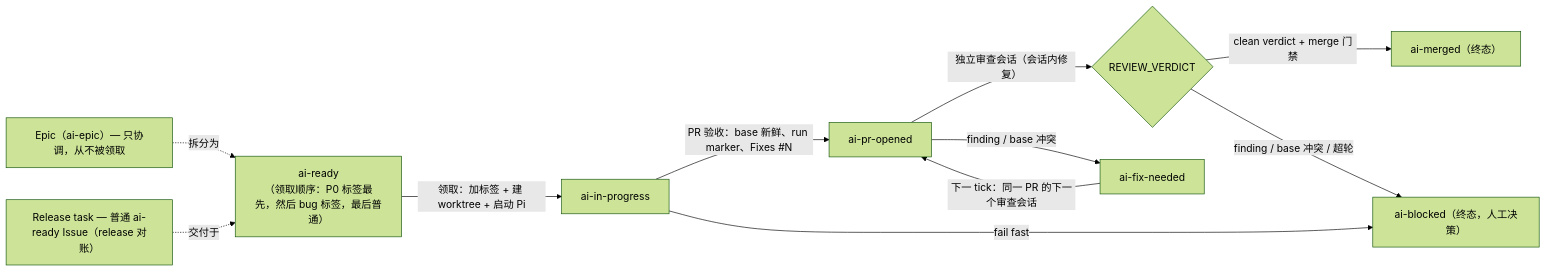
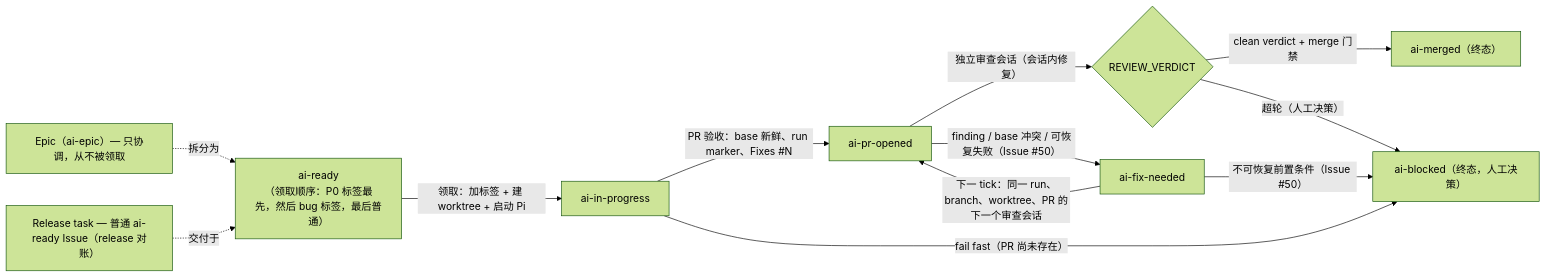
One commit to orbi-build/orbi changed the diagram in docs/zh/workflow.mdx. Above: the diagram before and after it, drawn with Mermaid (forest theme). The commit also changed other lines of this file and 12 other files, not shown here.

````diff
--- a/docs/zh/workflow.mdx
+++ b/docs/zh/workflow.mdx
@@ -13,16 +13,17 @@
 ```mermaid
 flowchart LR
   epic["Epic（ai-epic）— 只协调，从不被领取"]
   epic -.拆分为.-> ready
   release["Release task — 普通 ai-ready Issue（release 对账）"]
   release -.交付于.-> ready
   ready["ai-ready<br/>（领取顺序：P0 标签最先，然后 bug 标签，最后普通）"]
   ready -->|领取：加标签 + 建 worktree + 启动 Pi| progress["ai-in-progress"]
   progress -->|PR 验收：base 新鲜、run marker、Fixes #N| opened["ai-pr-opened"]
   opened -->|独立审查会话（会话内修复）| verdict{"REVIEW_VERDICT"}
   verdict -->|clean verdict + merge 门禁| merged["ai-merged（终态）"]
-  verdict -->|finding / base 冲突 / 超轮| blocked["ai-blocked（终态，人工决策）"]
-  opened -->|finding / base 冲突| fixneeded["ai-fix-needed"]
-  fixneeded -->|下一 tick：同一 PR 的下一个审查会话| opened
-  progress -->|fail fast| blocked
+  verdict -->|超轮（人工决策）| blocked["ai-blocked（终态，人工决策）"]
+  opened -->|finding / base 冲突 / 可恢复失败（Issue #50）| fixneeded["ai-fix-needed"]
+  fixneeded -->|下一 tick：同一 run、branch、worktree、PR 的下一个审查会话| opened
+  fixneeded -->|不可恢复前置条件（Issue #50）| blocked
+  progress -->|fail fast（PR 尚未存在）| blocked
 ```
````
